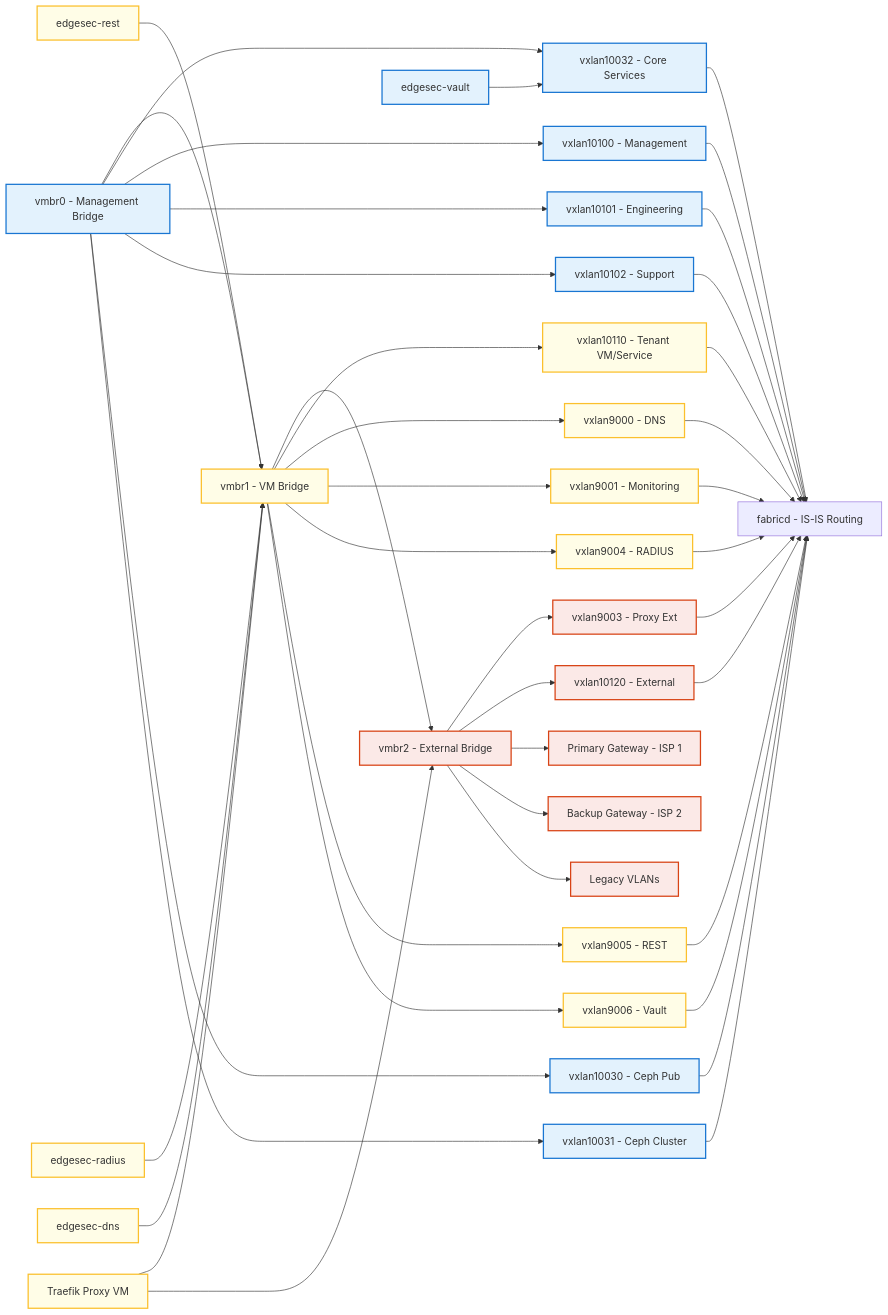
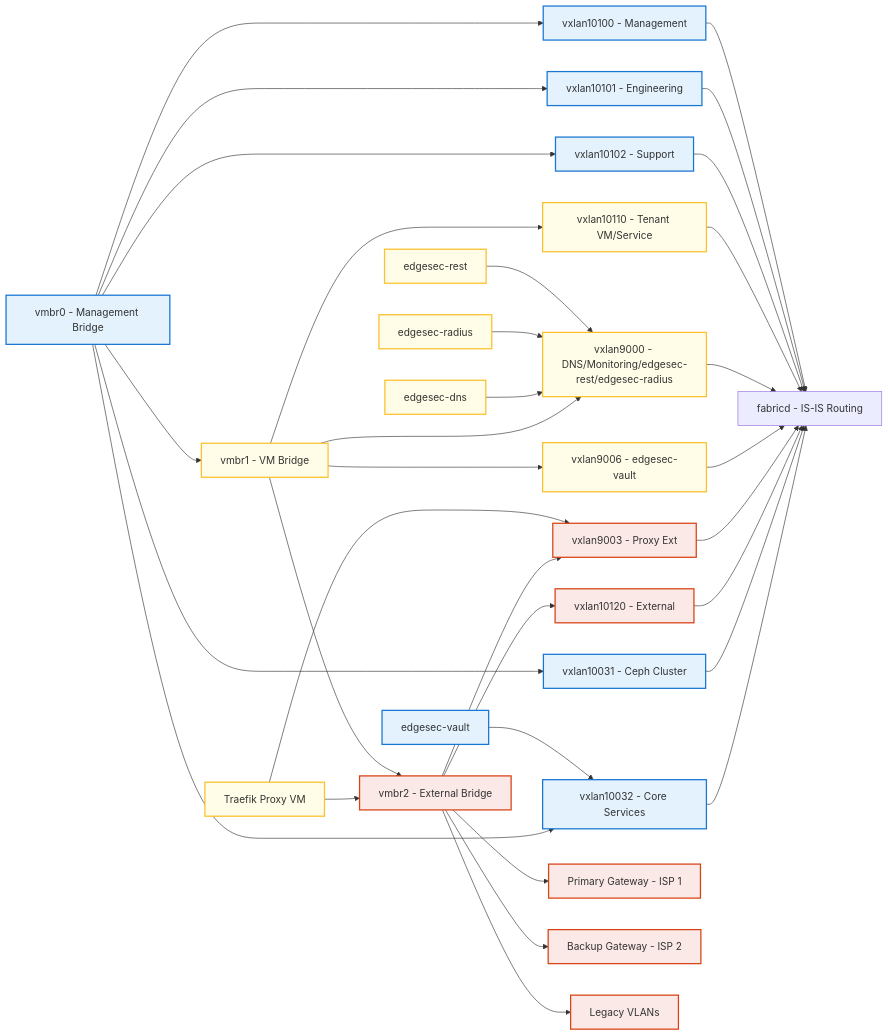
Before and after one commit to CEP-Comwell/proxmox_addons: the diagram in README.md, drawn with Mermaid. The commit also changed 3 other files, not shown here.

Commit message:
update mermaid and graph LR

````diff
--- a/README.md
+++ b/README.md
@@ -76,14 +76,10 @@
   VX10101[vxlan10101 - Engineering]
   VX10102[vxlan10102 - Support]
   VX10110[vxlan10110 - Tenant VM/Service]
-  VX9000[vxlan9000 - DNS]
-  VX9001[vxlan9001 - Monitoring]
-  VX9004[vxlan9004 - RADIUS]
-  VX9005[vxlan9005 - REST]
-  VX9006[vxlan9006 - Vault]
+  VX9000[vxlan9000 - DNS/Monitoring/edgesec-rest/edgesec-radius]
+  VX9006[vxlan9006 - edgesec-vault]
   VX9003[vxlan9003 - Proxy Ext]
   VX10120[vxlan10120 - External]
-  VXCEPH1[vxlan10030 - Ceph Pub]
   VXCEPH2[vxlan10031 - Ceph Cluster]
   VX10032[vxlan10032 - Core Services]
 
@@ -96,28 +92,25 @@
   %% Explicit bridge ordering
   MgmtBridge --> VMBridge --> ExtBridge
 
-  %% Service VMs to overlays/bridges
+  %% Service VMs to overlays (all on vmbr1 except vault)
   VaultVM --> VX10032
-  RestVM --> VMBridge
-  RadiusVM --> VMBridge
-  DNSVM --> VMBridge
-  ProxyVM --> VMBridge
+  RestVM --> VX9000
+  RadiusVM --> VX9000
+  DNSVM --> VX9000
+  ProxyVM --> VX9003
   ProxyVM --> ExtBridge
+  %% Core Services VXLAN (new)
   MgmtBridge --> VX10032
 
   %% VM Bridge overlays (tenant/service and core services)
   VMBridge --> VX10110
   VMBridge --> VX9000
-  VMBridge --> VX9001
-  VMBridge --> VX9004
-  VMBridge --> VX9005
   VMBridge --> VX9006
 
   %% Management Bridge overlays (management, engineering, support, storage)
   MgmtBridge --> VX10100
   MgmtBridge --> VX10101
   MgmtBridge --> VX10102
-  MgmtBridge --> VXCEPH1
   MgmtBridge --> VXCEPH2
 
   %% VXLANs to fabricd
@@ -126,13 +119,9 @@
   VX10102 --> Fabricd
   VX10110 --> Fabricd
   VX9000 --> Fabricd
-  VX9001 --> Fabricd
-  VX9004 --> Fabricd
-  VX9005 --> Fabricd
   VX9006 --> Fabricd
   VX9003 --> Fabricd
   VX10120 --> Fabricd
-  VXCEPH1 --> Fabricd
   VXCEPH2 --> Fabricd
   VX10032 --> Fabricd
 
@@ -153,7 +142,7 @@
   classDef ext fill:#fbe9e7,stroke:#d84315,stroke-width:2px;
   classDef proxy fill:#e8f5e9,stroke:#388e3c,stroke-width:2px;
 
-  class MgmtBridge,VaultVM,VX10100,VX10101,VX10102,VXCEPH1,VXCEPH2,VX10032 mgmt;
-  class VMBridge,RestVM,RadiusVM,DNSVM,ProxyVM,VX10110,VX9000,VX9001,VX9004,VX9005,VX9006 vm;
+  class MgmtBridge,VaultVM,VX10100,VX10101,VX10102,VXCEPH2,VX10032 mgmt;
+  class VMBridge,RestVM,RadiusVM,DNSVM,ProxyVM,VX10110,VX9000,VX9006 vm;
   class ExtBridge,Gateway1,Gateway2,LegacyVLAN,VX9003,VX10120 ext;
 ```
````
